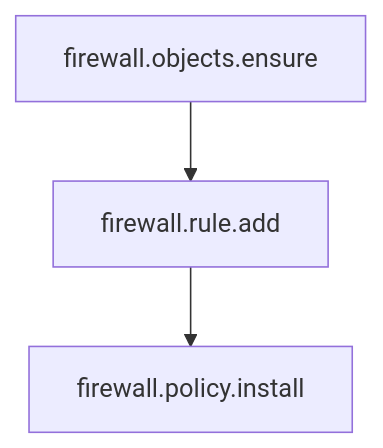
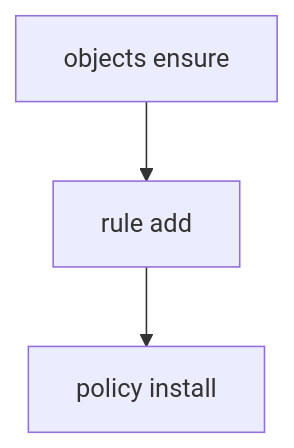
The second of 2 diagrams in docs/WORKFLOW.md (AlectoTheFirst/xcfg), drawn with Mermaid before and after one commit. The commit also changed other lines of this file, not shown here.

Commit message:
Fix Mermaid workflow diagram compatibility

````diff
--- a/docs/WORKFLOW.md
+++ b/docs/WORKFLOW.md
@@ -38,5 +32,5 @@
 ```mermaid
-flowchart TD
-  A[firewall.objects.ensure] --> B[firewall.rule.add]
-  B --> C[firewall.policy.install]
+graph TD
+  A[objects ensure] --> B[rule add]
+  B --> C[policy install]
 ```
````
